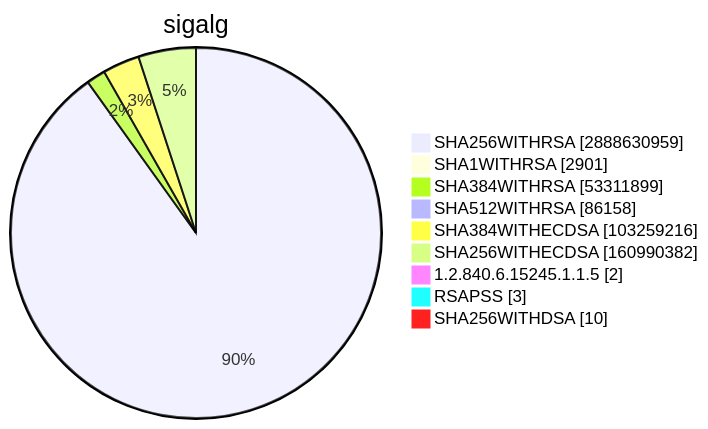
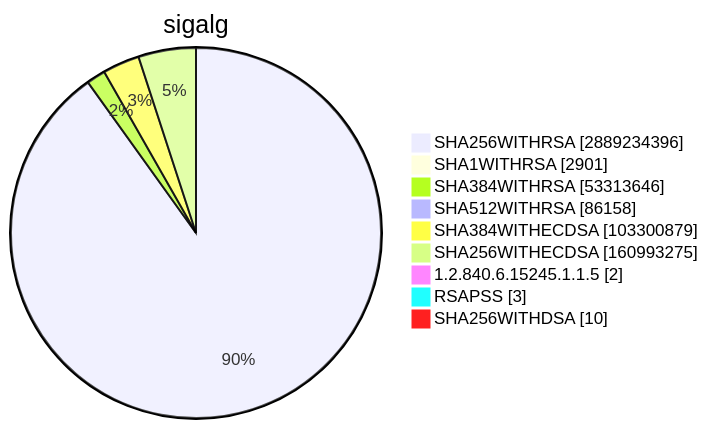
Before and after one commit to christiankrug/ctmonitor_visualization: diagram 15 of 15 in TOTAL/README.md, drawn with Mermaid. The commit also changed other lines of this file, not shown here.

````diff
--- a/TOTAL/README.md
+++ b/TOTAL/README.md
@@ -6207,13 +6207,13 @@
 ```mermaid
 pie showData
 title sigalg
-"SHA256WITHRSA" :2888630959
+"SHA256WITHRSA" :2889234396
 "SHA1WITHRSA" :2901
-"SHA384WITHRSA" :53311899
+"SHA384WITHRSA" :53313646
 "SHA512WITHRSA" :86158
-"SHA384WITHECDSA" :103259216
-"SHA256WITHECDSA" :160990382
+"SHA384WITHECDSA" :103300879
+"SHA256WITHECDSA" :160993275
 "1.2.840.6.15245.1.1.5" :2
 "RSAPSS" :3
 "SHA256WITHDSA" :10
 ```
````
